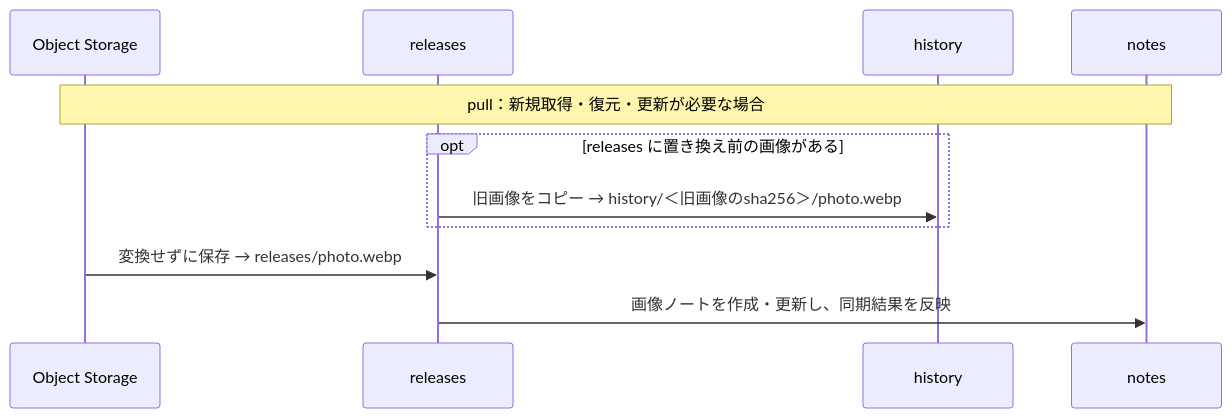
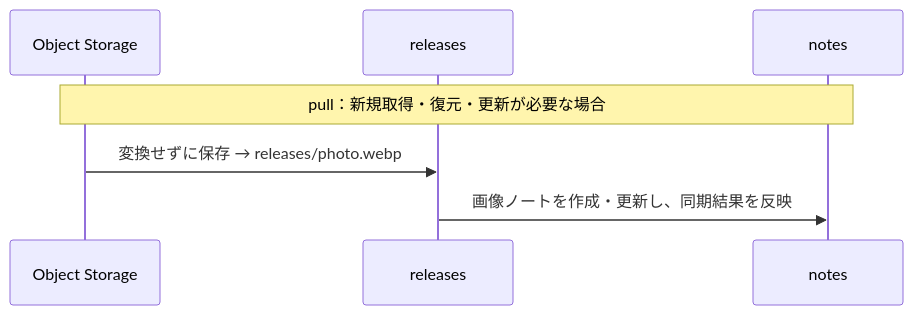
Before and after one commit to tuckn/tkn_object_storage_catalog: the fourth of 5 diagrams in README.md, drawn with Mermaid. The commit also changed other lines of this file and 29 other files, not shown here.

````diff
--- a/README.md
+++ b/README.md
@@ -167,14 +165,10 @@
 ```mermaid
 sequenceDiagram
     participant Cloud as Object Storage
     participant Releases as releases
-    participant History as history
     participant Notes as notes
 
     Note over Cloud,Notes: pull：新規取得・復元・更新が必要な場合
-    opt releases に置き換え前の画像がある
-        Releases->>History: 旧画像をコピー → history/＜旧画像のsha256＞/photo.webp
-    end
     Cloud->>Releases: 変換せずに保存 → releases/photo.webp
     Releases->>Notes: 画像ノートを作成・更新し、同期結果を反映
 ```
````
